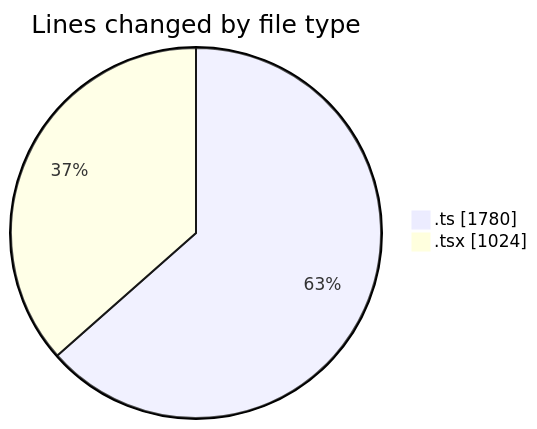
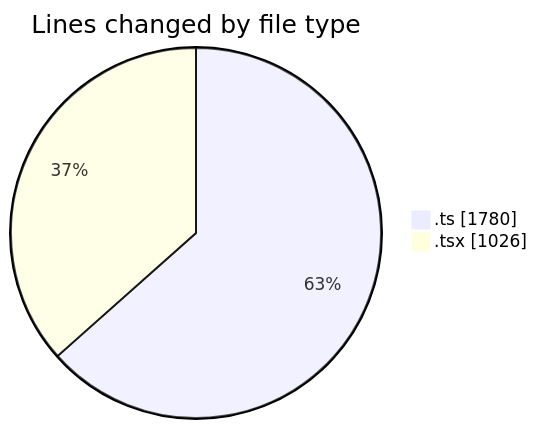
The first of 2 diagrams in 2025-06-22/archive/README.md (JenPaints/code-tracking), drawn with Mermaid before and after one commit. The commit also changed other lines of this file and 1 other file, not shown here.

````diff
--- a/2025-06-22/archive/README.md
+++ b/2025-06-22/archive/README.md
@@ -26,6 +26,6 @@
 ```mermaid
 pie showData
 title Lines changed by file type
 ".ts" : 1780
-".tsx" : 1024
+".tsx" : 1026
 ```
````
